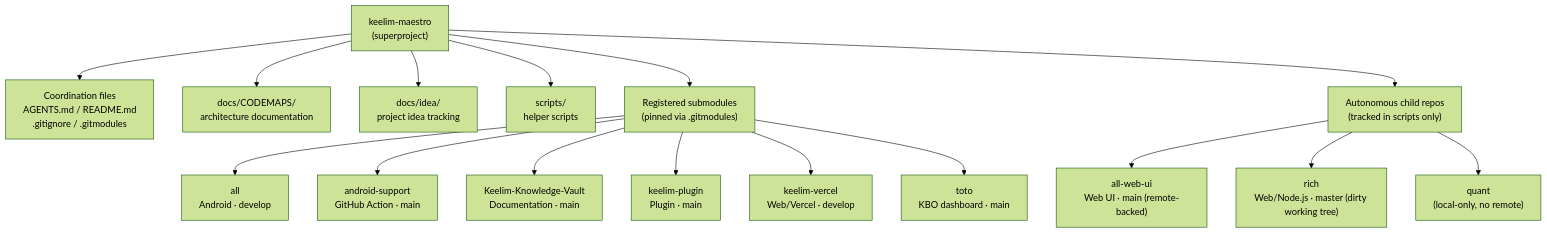
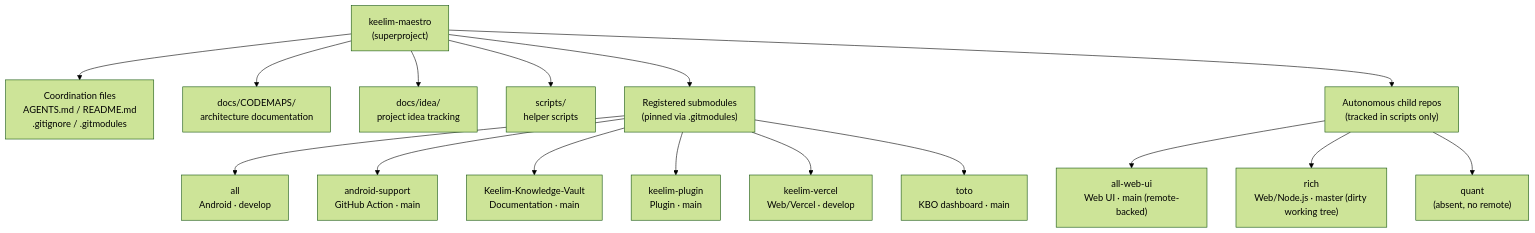
One commit to keelim/keelim-maestro changed the diagram in docs/CODEMAPS/WORKSPACE.md. Above: the diagram before and after it, drawn with Mermaid (forest theme). The commit also changed other lines of this file and 2 other files, not shown here.

First line of the commit message:
Clarify absent quant status in root docs

````diff
--- a/docs/CODEMAPS/WORKSPACE.md
+++ b/docs/CODEMAPS/WORKSPACE.md
@@ -16,22 +16,22 @@
 ```mermaid
 flowchart TB
     root["keelim-maestro\n(superproject)"]
 
     root --> coord["Coordination files\nAGENTS.md / README.md\n.gitignore / .gitmodules"]
     root --> docs["docs/CODEMAPS/\narchitecture documentation"]
     root --> idea["docs/idea/\nproject idea tracking"]
     root --> scripts["scripts/\nhelper scripts"]
     root --> submodules["Registered submodules\n(pinned via .gitmodules)"]
     root --> autonomous["Autonomous child repos\n(tracked in scripts only)"]
 
     submodules --> all["all\nAndroid · develop"]
     submodules --> android["android-support\nGitHub Action · main"]
     submodules --> vault["Keelim-Knowledge-Vault\nDocumentation · main"]
     submodules --> plugin["keelim-plugin\nPlugin · main"]
     submodules --> vercel["keelim-vercel\nWeb/Vercel · develop"]
     submodules --> toto["toto\nKBO dashboard · main"]
 
     autonomous --> webui["all-web-ui\nWeb UI · main (remote-backed)"]
     autonomous --> rich["rich\nWeb/Node.js · master (dirty working tree)"]
-    autonomous --> quant["quant\n(local-only, no remote)"]
+    autonomous --> quant["quant\n(absent, no remote)"]
 ```
````
